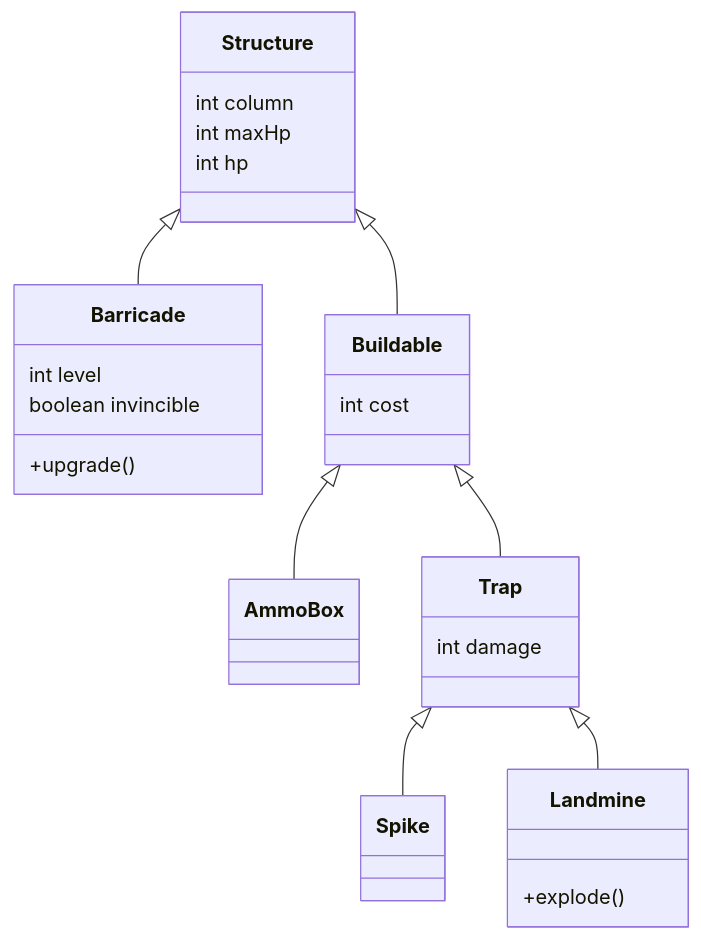
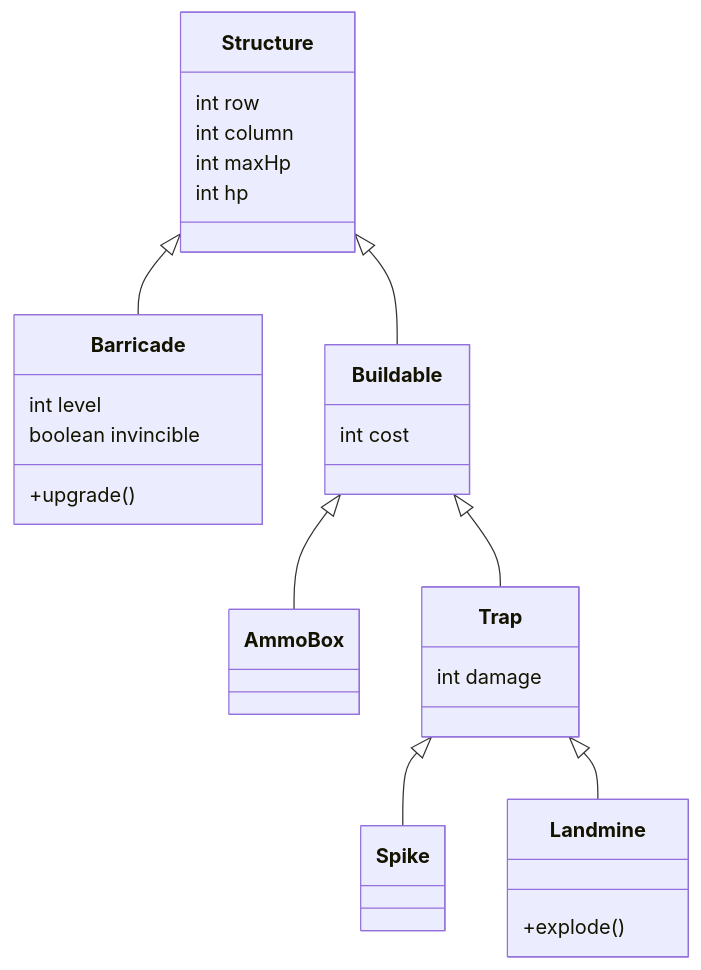
Before and after one commit to weweweme/teamnova_basic_class: the sixth of 12 diagrams in week6/CLAUDE.md, drawn with Mermaid. The commit also changed other lines of this file and 1 other file, not shown here.

````diff
--- a/week6/CLAUDE.md
+++ b/week6/CLAUDE.md
@@ -313,29 +314,30 @@
 ```mermaid
 classDiagram
     Structure <|-- Barricade
     Structure <|-- Buildable
     Buildable <|-- AmmoBox
     Buildable <|-- Trap
     Trap <|-- Spike
     Trap <|-- Landmine
 
     class Structure {
+        int row
         int column
         int maxHp
         int hp
     }
     class Buildable {
         int cost
     }
     class Trap {
         int damage
     }
     class Barricade {
         int level
         boolean invincible
         +upgrade()
     }
     class Landmine {
         +explode()
     }
 ```
````
